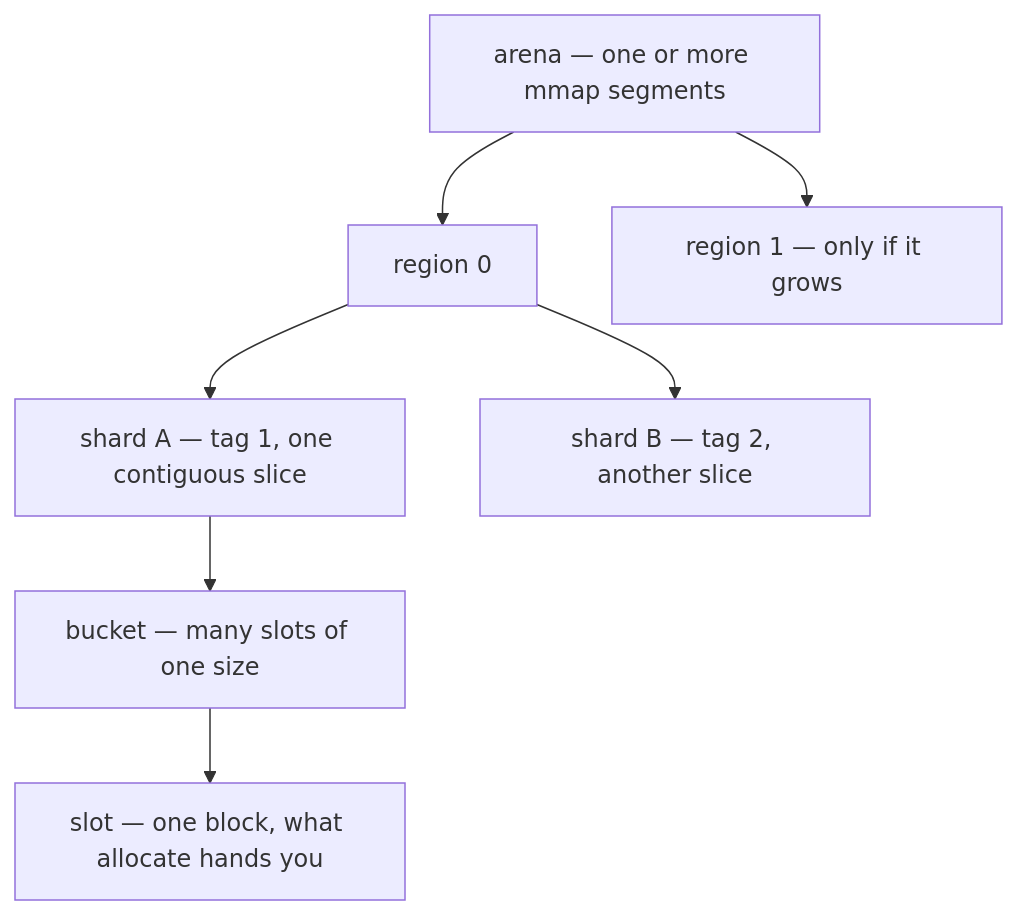
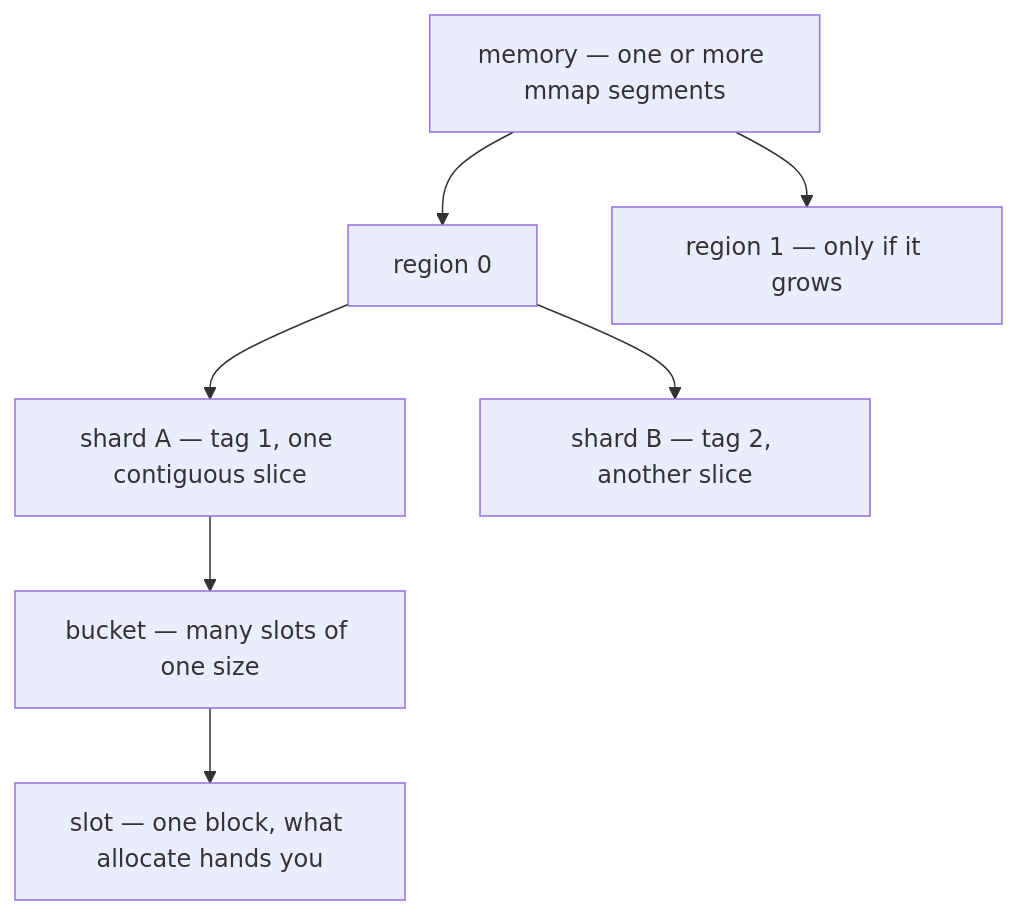
The diagram in docs/memory/index.md (frameworkcpp/frameworkcpp), drawn with Mermaid before and after one commit. The commit also changed other lines of this file and 56 other files, not shown here.

First line of the commit message:
refactor(memory): rename arena module to memory

````diff
--- a/docs/memory/index.md
+++ b/docs/memory/index.md
@@ -23,9 +23,9 @@
 ```mermaid
 flowchart TD
-    arena["arena — one or more mmap segments"] --> r0["region 0"]
-    arena --> r1["region 1 — only if it grows"]
+    memory["memory — one or more mmap segments"] --> r0["region 0"]
+    memory --> r1["region 1 — only if it grows"]
     r0 --> sa["shard A — tag 1, one contiguous slice"]
     r0 --> sb["shard B — tag 2, another slice"]
     sa --> bucket["bucket — many slots of one size"]
     bucket --> slot["slot — one block, what allocate hands you"]
 ```
````
